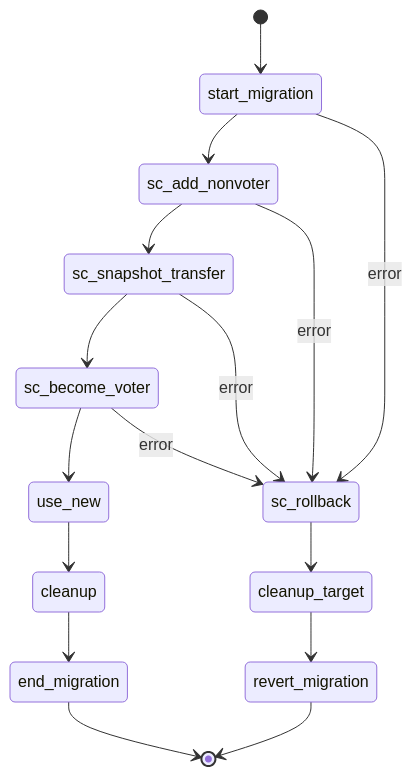
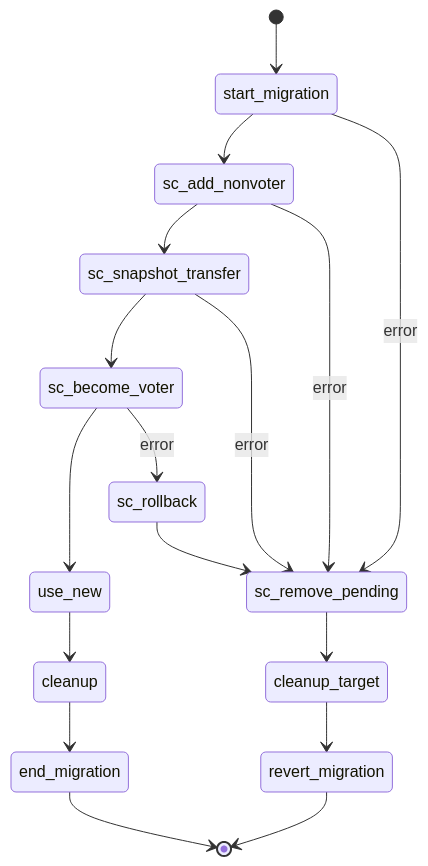
One commit to scylladb/scylladb changed the fourth of 4 diagrams in docs/dev/topology-over-raft.md. Above: the diagram before and after it, drawn with Mermaid. The commit also changed other lines of this file, not shown here.

First line of the commit message:
docs: describe the strongly consistent tablet migration

````diff
--- a/docs/dev/topology-over-raft.md
+++ b/docs/dev/topology-over-raft.md
@@ -493,18 +493,19 @@
 ```mermaid
 stateDiagram-v2
     [*] --> start_migration
     start_migration --> sc_add_nonvoter
     sc_add_nonvoter --> sc_snapshot_transfer
     sc_snapshot_transfer --> sc_become_voter
     sc_become_voter --> use_new
     use_new --> cleanup
     cleanup --> end_migration
     end_migration --> [*]
-    start_migration --> sc_rollback: error
-    sc_add_nonvoter --> sc_rollback: error
-    sc_snapshot_transfer --> sc_rollback: error
+    start_migration --> sc_remove_pending: error
+    sc_add_nonvoter --> sc_remove_pending: error
+    sc_snapshot_transfer --> sc_remove_pending: error
     sc_become_voter --> sc_rollback: error
-    sc_rollback --> cleanup_target
+    sc_rollback --> sc_remove_pending
+    sc_remove_pending --> cleanup_target
     cleanup_target --> revert_migration
     revert_migration --> [*]
 ```
````
